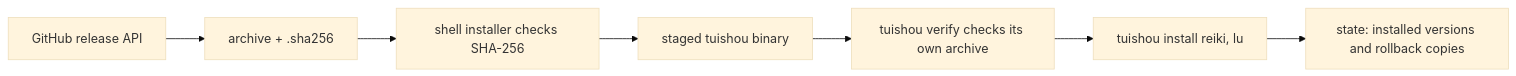
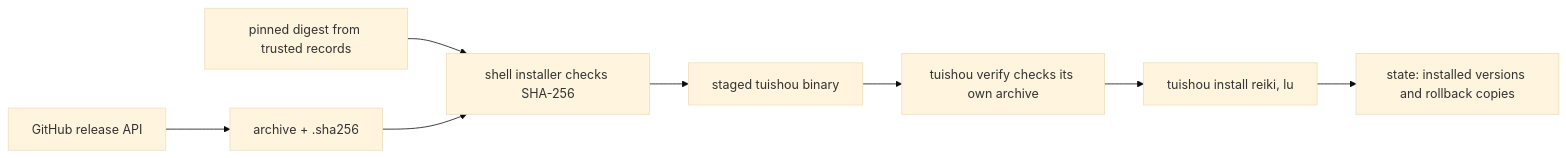
One commit to ddproxy/tuishou changed the diagram in README.md. Above: the diagram before and after it, drawn with Mermaid (base theme). The commit also changed other lines of this file and 30 other files, not shown here.

````diff
--- a/README.md
+++ b/README.md
@@ -133,9 +167,10 @@
 ```mermaid
 flowchart LR
+  P[pinned digest from trusted records] --> C[shell installer checks SHA-256]
   A[GitHub release API] --> B[archive + .sha256]
-  B --> C[shell installer checks SHA-256]
+  B --> C
   C --> D[staged tuishou binary]
   D --> E[tuishou verify checks its own archive]
   E --> F[tuishou install reiki, lu]
   F --> G[state: installed versions and rollback copies]
 ```
````
